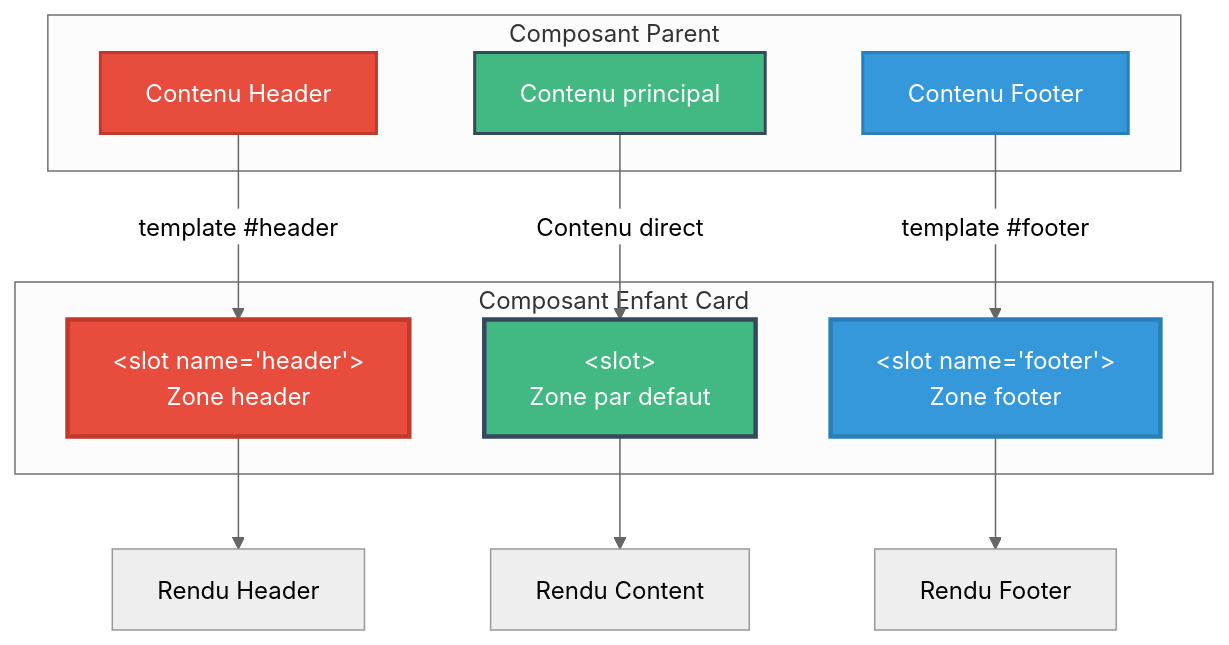
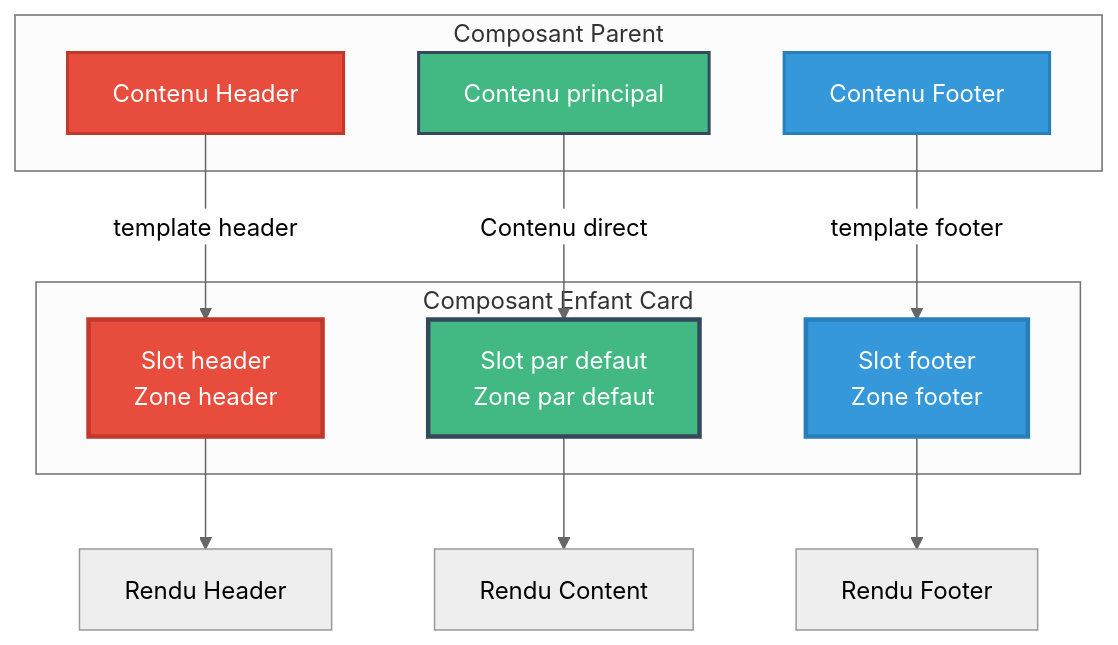
Before and after one commit to JSurquin/pylowt: the first of 2 diagrams in pages/module2-slots-composants.md, drawn with Mermaid (neutral theme). The commit also changed other lines of this file and 5 other files, not shown here.

````diff
--- a/pages/module2-slots-composants.md
+++ b/pages/module2-slots-composants.md
@@ -154,29 +165,29 @@
 ```mermaid
 graph TB
     subgraph Parent["Composant Parent"]
-        PH["Contenu Header"]
-        PC["Contenu principal"]
-        PF["Contenu Footer"]
+        PH[Contenu Header]
+        PC[Contenu principal]
+        PF[Contenu Footer]
     end
     
     subgraph Enfant["Composant Enfant Card"]
-        SH["&lt;slot name='header'&gt;<br/>Zone header"]
-        SD["&lt;slot&gt;<br/>Zone par defaut"]
-        SF["&lt;slot name='footer'&gt;<br/>Zone footer"]
+        SH[Slot header<br/>Zone header]
+        SD[Slot par defaut<br/>Zone par defaut]
+        SF[Slot footer<br/>Zone footer]
     end
     
-    PH -->|template #header| SH
+    PH -->|template header| SH
     PC -->|Contenu direct| SD
-    PF -->|template #footer| SF
+    PF -->|template footer| SF
     
     SH --> R1[Rendu Header]
     SD --> R2[Rendu Content]
     SF --> R3[Rendu Footer]
     
     style PH fill:#e74c3c,stroke:#c0392b,stroke-width:2px,color:#fff
     style PC fill:#42b883,stroke:#35495e,stroke-width:2px,color:#fff
     style PF fill:#3498db,stroke:#2980b9,stroke-width:2px,color:#fff
     style SH fill:#e74c3c,stroke:#c0392b,stroke-width:3px,color:#fff
     style SD fill:#42b883,stroke:#35495e,stroke-width:3px,color:#fff
     style SF fill:#3498db,stroke:#2980b9,stroke-width:3px,color:#fff
 ```
````
